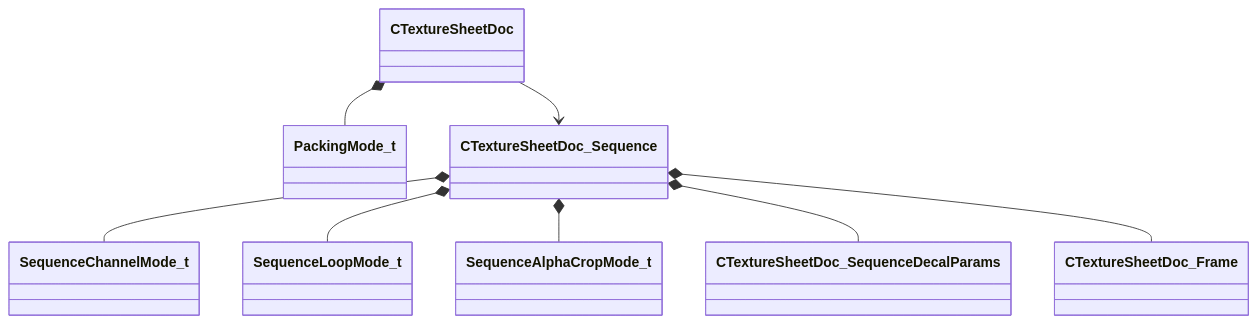
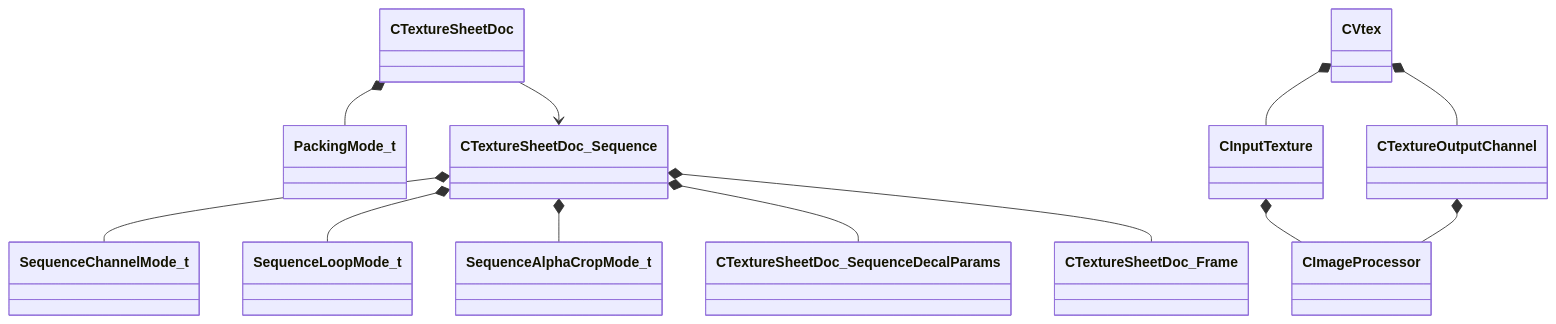
One commit to CS2OpenDev/CS2OpenDev-Docs changed the diagram in docs/generated/diagrams/texturelib.md. Above: the diagram before and after it, drawn with Mermaid. The commit also changed 4654 other files, not shown here.

Commit message:
docs: regenerate for SchemaTracker build 25947352 [skip ci]

````diff
--- a/docs/generated/diagrams/texturelib.md
+++ b/docs/generated/diagrams/texturelib.md
@@ -11,10 +11,14 @@
 ```mermaid
 classDiagram
+    CInputTexture *-- CImageProcessor
+    CTextureOutputChannel *-- CImageProcessor
     CTextureSheetDoc *-- PackingMode_t
     CTextureSheetDoc --> CTextureSheetDoc_Sequence
     CTextureSheetDoc_Sequence *-- SequenceChannelMode_t
     CTextureSheetDoc_Sequence *-- SequenceLoopMode_t
     CTextureSheetDoc_Sequence *-- SequenceAlphaCropMode_t
     CTextureSheetDoc_Sequence *-- CTextureSheetDoc_SequenceDecalParams
     CTextureSheetDoc_Sequence *-- CTextureSheetDoc_Frame
+    CVtex *-- CInputTexture
+    CVtex *-- CTextureOutputChannel
 ```
````
